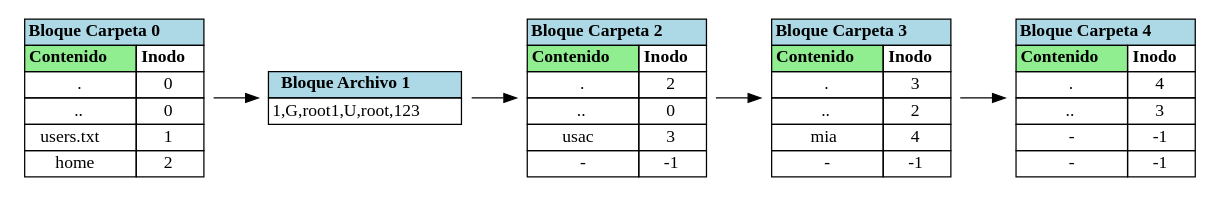
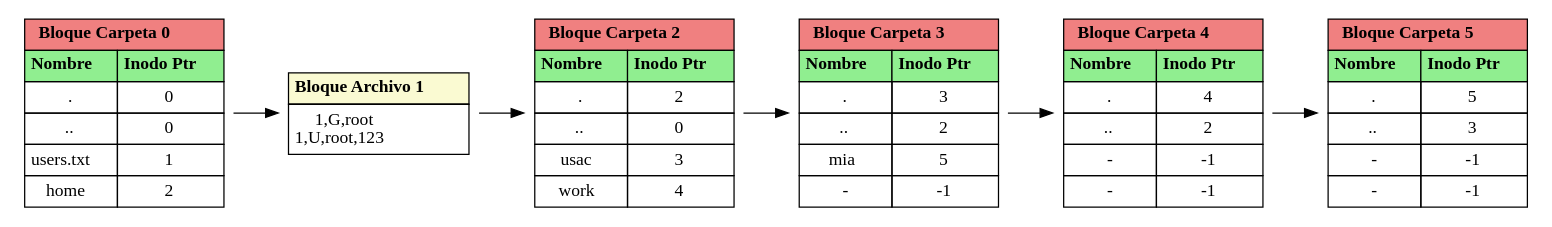
The diagram in backend/output/report_block.dot (Ennero/MIA_1S2025_P1_202302220), drawn with Graphviz before and after one commit. The commit also changed 23 other files, not shown here.

```diff
--- a/backend/output/report_block.dot
+++ b/backend/output/report_block.dot
@@ -1,62 +1,19 @@
 digraph G {
-		rankdir=LR;
-		node [shape=plaintext]block0 [label=<
-				<table border="0" cellborder="1" cellspacing="0">
-					<tr><td colspan="2" bgcolor="lightblue"><b>Bloque Carpeta 0</b></td></tr>
-					<tr><td bgcolor="lightgreen"><b>Contenido</b></td><td><b>Inodo</b></td></tr>
-				
-							<tr><td>.</td><td>0</td></tr>
-						
-							<tr><td>..</td><td>0</td></tr>
-						
-							<tr><td>users.txt</td><td>1</td></tr>
-						
-							<tr><td>home</td><td>2</td></tr>
-						</table>>];block0 -> block1;
-block1 [label=<
-				<table border="0" cellborder="1" cellspacing="0">
-					<tr><td bgcolor="lightblue"><b>Bloque Archivo 1</b></td></tr>
-					<tr><td>1,G,root
-1,U,root,123
-</td></tr>
-				</table>>];
-				block1 -> block2;
-block2 [label=<
-				<table border="0" cellborder="1" cellspacing="0">
-					<tr><td colspan="2" bgcolor="lightblue"><b>Bloque Carpeta 2</b></td></tr>
-					<tr><td bgcolor="lightgreen"><b>Contenido</b></td><td><b>Inodo</b></td></tr>
-				
-							<tr><td>.</td><td>2</td></tr>
-						
-							<tr><td>..</td><td>0</td></tr>
-						
-							<tr><td>usac</td><td>3</td></tr>
-						
-							<tr><td>-</td><td>-1</td></tr>
-						</table>>];block2 -> block3;
-block3 [label=<
-				<table border="0" cellborder="1" cellspacing="0">
-					<tr><td colspan="2" bgcolor="lightblue"><b>Bloque Carpeta 3</b></td></tr>
-					<tr><td bgcolor="lightgreen"><b>Contenido</b></td><td><b>Inodo</b></td></tr>
-				
-							<tr><td>.</td><td>3</td></tr>
-						
-							<tr><td>..</td><td>2</td></tr>
-						
-							<tr><td>mia</td><td>4</td></tr>
-						
-							<tr><td>-</td><td>-1</td></tr>
-						</table>>];block3 -> block4;
-block4 [label=<
-				<table border="0" cellborder="1" cellspacing="0">
-					<tr><td colspan="2" bgcolor="lightblue"><b>Bloque Carpeta 4</b></td></tr>
-					<tr><td bgcolor="lightgreen"><b>Contenido</b></td><td><b>Inodo</b></td></tr>
-				
-							<tr><td>.</td><td>4</td></tr>
-						
-							<tr><td>..</td><td>3</td></tr>
-						
-							<tr><td>-</td><td>-1</td></tr>
-						
-							<tr><td>-</td><td>-1</td></tr>
-						</table>>];}
+        rankdir=LR;
+        node [shape=plaintext];
+    
+	block0 [label=<<table border="0" cellborder="1" cellspacing="0" cellpadding="4"><tr><td colspan="2" bgcolor="lightcoral"><b>Bloque Carpeta 0</b></td></tr><tr><td bgcolor="lightgreen"><b>Nombre</b></td><td bgcolor="lightgreen"><b>Inodo Ptr</b></td></tr><tr><td>.</td><td>0</td></tr><tr><td>..</td><td>0</td></tr><tr><td>users.txt</td><td>1</td></tr><tr><td>home</td><td>2</td></tr></table>>];
+	block0 -> block1;
+	block1 [label=<<table border="0" cellborder="1" cellspacing="0" cellpadding="4">
+                            <tr><td bgcolor="lightgoldenrodyellow"><b>Bloque Archivo 1</b></td></tr>
+                            <tr><td align="left">1,G,root<BR/>1,U,root,123<BR/></td></tr>
+                        </table>>];
+	block1 -> block2;
+	block2 [label=<<table border="0" cellborder="1" cellspacing="0" cellpadding="4"><tr><td colspan="2" bgcolor="lightcoral"><b>Bloque Carpeta 2</b></td></tr><tr><td bgcolor="lightgreen"><b>Nombre</b></td><td bgcolor="lightgreen"><b>Inodo Ptr</b></td></tr><tr><td>.</td><td>2</td></tr><tr><td>..</td><td>0</td></tr><tr><td>usac</td><td>3</td></tr><tr><td>work</td><td>4</td></tr></table>>];
+	block2 -> block3;
+	block3 [label=<<table border="0" cellborder="1" cellspacing="0" cellpadding="4"><tr><td colspan="2" bgcolor="lightcoral"><b>Bloque Carpeta 3</b></td></tr><tr><td bgcolor="lightgreen"><b>Nombre</b></td><td bgcolor="lightgreen"><b>Inodo Ptr</b></td></tr><tr><td>.</td><td>3</td></tr><tr><td>..</td><td>2</td></tr><tr><td>mia</td><td>5</td></tr><tr><td>-</td><td>-1</td></tr></table>>];
+	block3 -> block4;
+	block4 [label=<<table border="0" cellborder="1" cellspacing="0" cellpadding="4"><tr><td colspan="2" bgcolor="lightcoral"><b>Bloque Carpeta 4</b></td></tr><tr><td bgcolor="lightgreen"><b>Nombre</b></td><td bgcolor="lightgreen"><b>Inodo Ptr</b></td></tr><tr><td>.</td><td>4</td></tr><tr><td>..</td><td>2</td></tr><tr><td>-</td><td>-1</td></tr><tr><td>-</td><td>-1</td></tr></table>>];
+	block4 -> block5;
+	block5 [label=<<table border="0" cellborder="1" cellspacing="0" cellpadding="4"><tr><td colspan="2" bgcolor="lightcoral"><b>Bloque Carpeta 5</b></td></tr><tr><td bgcolor="lightgreen"><b>Nombre</b></td><td bgcolor="lightgreen"><b>Inodo Ptr</b></td></tr><tr><td>.</td><td>5</td></tr><tr><td>..</td><td>3</td></tr><tr><td>-</td><td>-1</td></tr><tr><td>-</td><td>-1</td></tr></table>>];
+}
```
